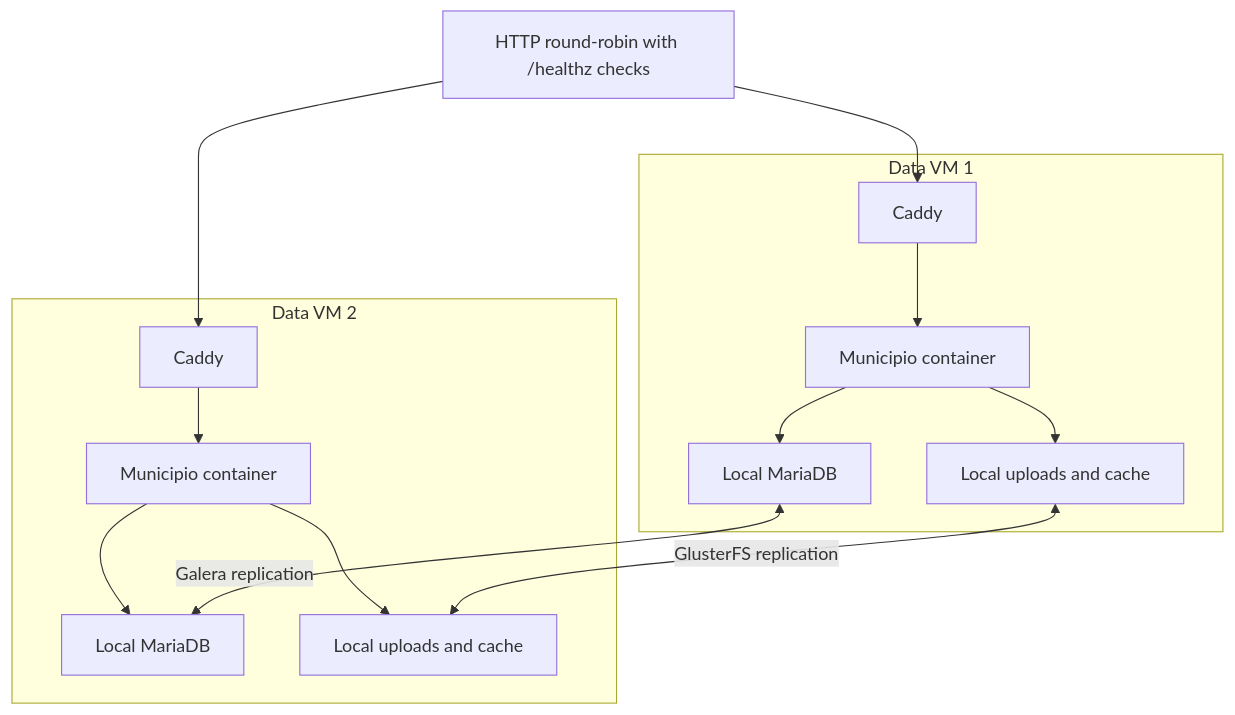
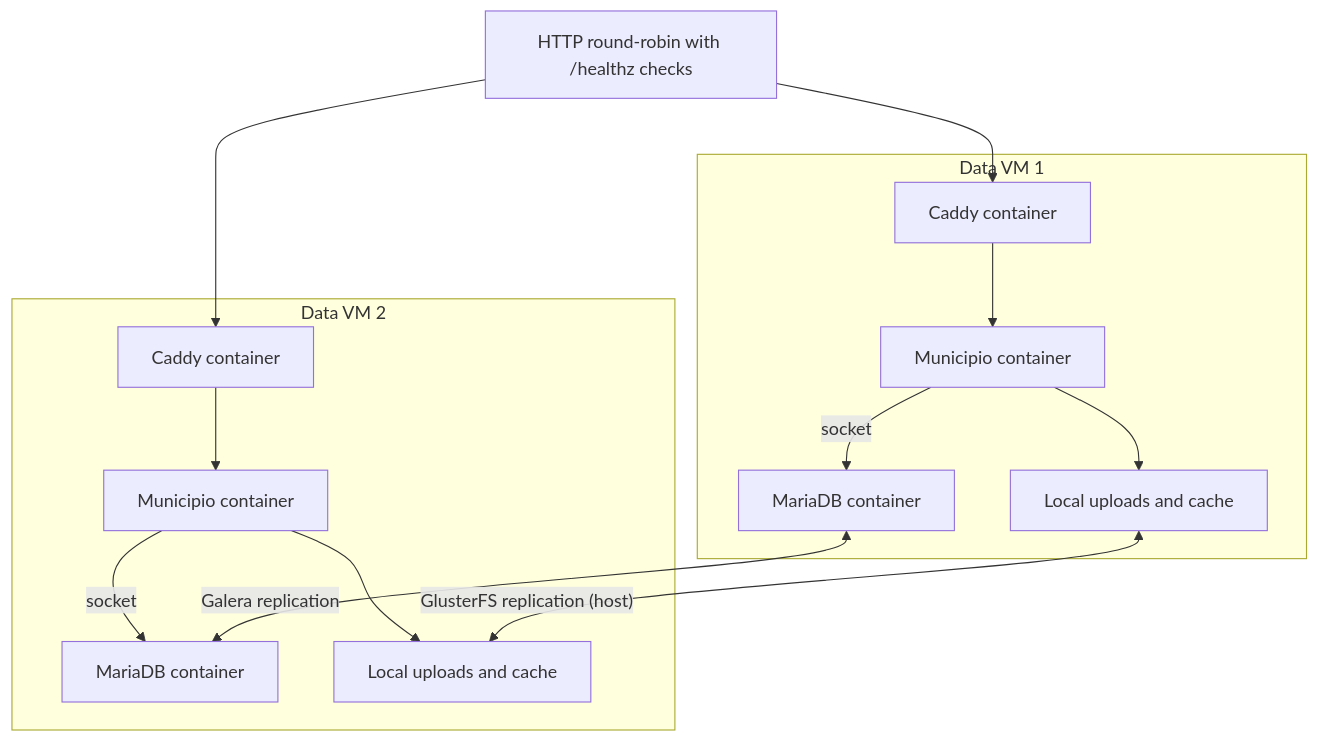
One commit to helsingborg-stad/env-municipio-docker-vm changed the second of 2 diagrams in docs/architecture.md. Above: the diagram before and after it, drawn with Mermaid. The commit also changed other lines of this file and 39 other files, not shown here.

````diff
--- a/docs/architecture.md
+++ b/docs/architecture.md
@@ -21,21 +24,21 @@
 ```mermaid
 flowchart TB
     lb["HTTP round-robin with /healthz checks"]
 
     subgraph vm1["Data VM 1"]
-        c1["Caddy"] --> a1["Municipio container"]
-        a1 --> d1["Local MariaDB"]
+        c1["Caddy container"] --> a1["Municipio container"]
+        a1 -->|socket| d1["MariaDB container"]
         a1 --> f1["Local uploads and cache"]
     end
 
     subgraph vm2["Data VM 2"]
-        c2["Caddy"] --> a2["Municipio container"]
-        a2 --> d2["Local MariaDB"]
+        c2["Caddy container"] --> a2["Municipio container"]
+        a2 -->|socket| d2["MariaDB container"]
         a2 --> f2["Local uploads and cache"]
     end
 
     lb --> c1
     lb --> c2
     d1 <-->|Galera replication| d2
-    f1 <-->|GlusterFS replication| f2
+    f1 <-->|"GlusterFS replication (host)"| f2
 ```
````
